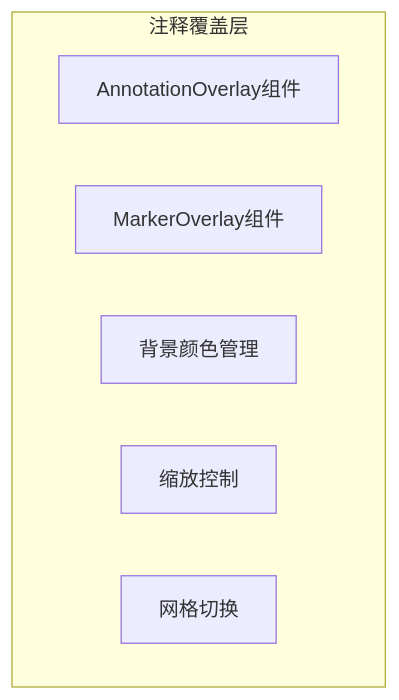
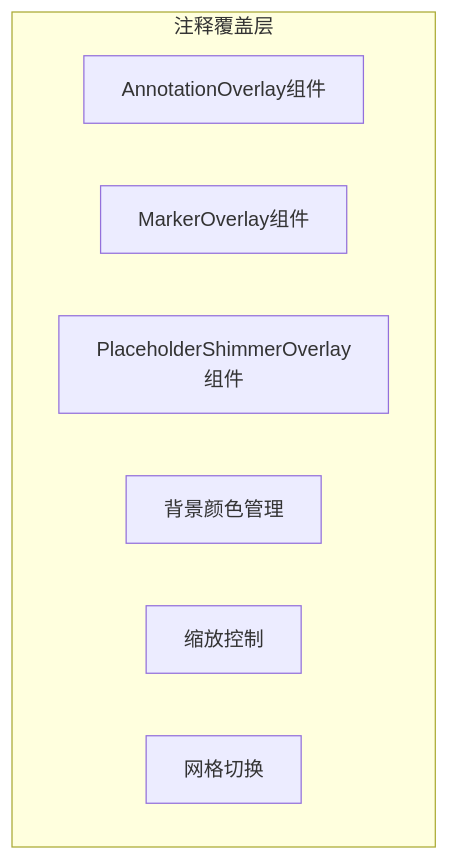
Diagram 23 of 29 in .qoder/repowiki/zh/content/核心功能模块/画布交互系统.md (billye220670/BananaFlow2), drawn with Mermaid before and after one commit. The commit also changed other lines of this file and 22 other files, not shown here.

````diff
--- a/.qoder/repowiki/zh/content/核心功能模块/画布交互系统.md
+++ b/.qoder/repowiki/zh/content/核心功能模块/画布交互系统.md
@@ -842,10 +963,11 @@
 ```mermaid
 graph TB
 subgraph "注释覆盖层"
 AnnotationOverlay[AnnotationOverlay组件]
 MarkerOverlay[MarkerOverlay组件]
+PlaceholderShimmerOverlay[PlaceholderShimmerOverlay组件]
 BackgroundColor[背景颜色管理]
 ZoomControl[缩放控制]
 GridToggle[网格切换]
 end
 ```
````
